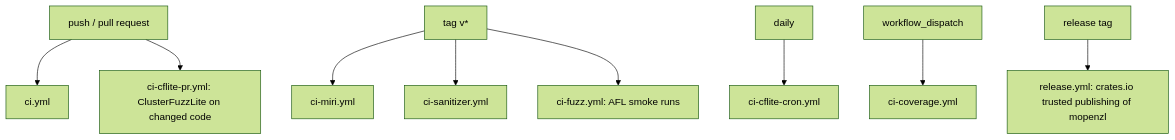
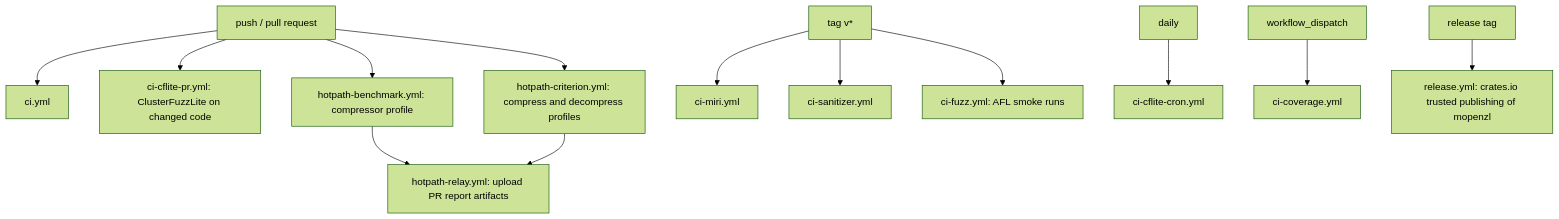
One commit to M-Compressors/mopenzl changed the first of 3 diagrams in architecture/ci.md. Above: the diagram before and after it, drawn with Mermaid (forest theme). The commit also changed other lines of this file and 13 other files, not shown here.

````diff
--- a/architecture/ci.md
+++ b/architecture/ci.md
@@ -3,11 +3,15 @@
 ```mermaid
 graph TD
     PR[push / pull request] --> CI[ci.yml]
     PR --> CF[ci-cflite-pr.yml: ClusterFuzzLite on changed code]
+    PR --> HB[hotpath-benchmark.yml: compressor profile]
+    PR --> HC[hotpath-criterion.yml: compress and decompress profiles]
+    HB --> HR[hotpath-relay.yml: upload PR report artifacts]
+    HC --> HR
     Tag[tag v*] --> M[ci-miri.yml]
     Tag --> A[ci-sanitizer.yml]
     Tag --> F[ci-fuzz.yml: AFL smoke runs]
     Cron[daily] --> CC[ci-cflite-cron.yml]
     Manual[workflow_dispatch] --> COV[ci-coverage.yml]
     Release[release tag] --> R[release.yml: crates.io trusted publishing of mopenzl]
 ```
````
